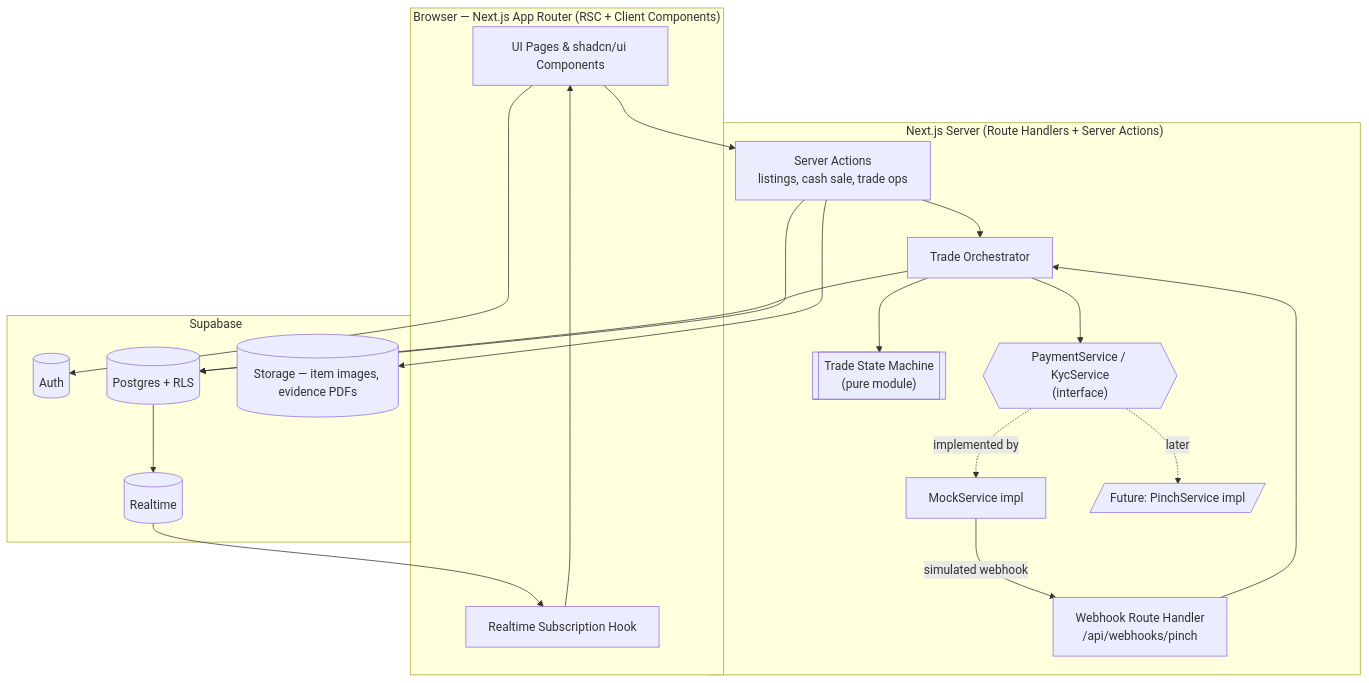
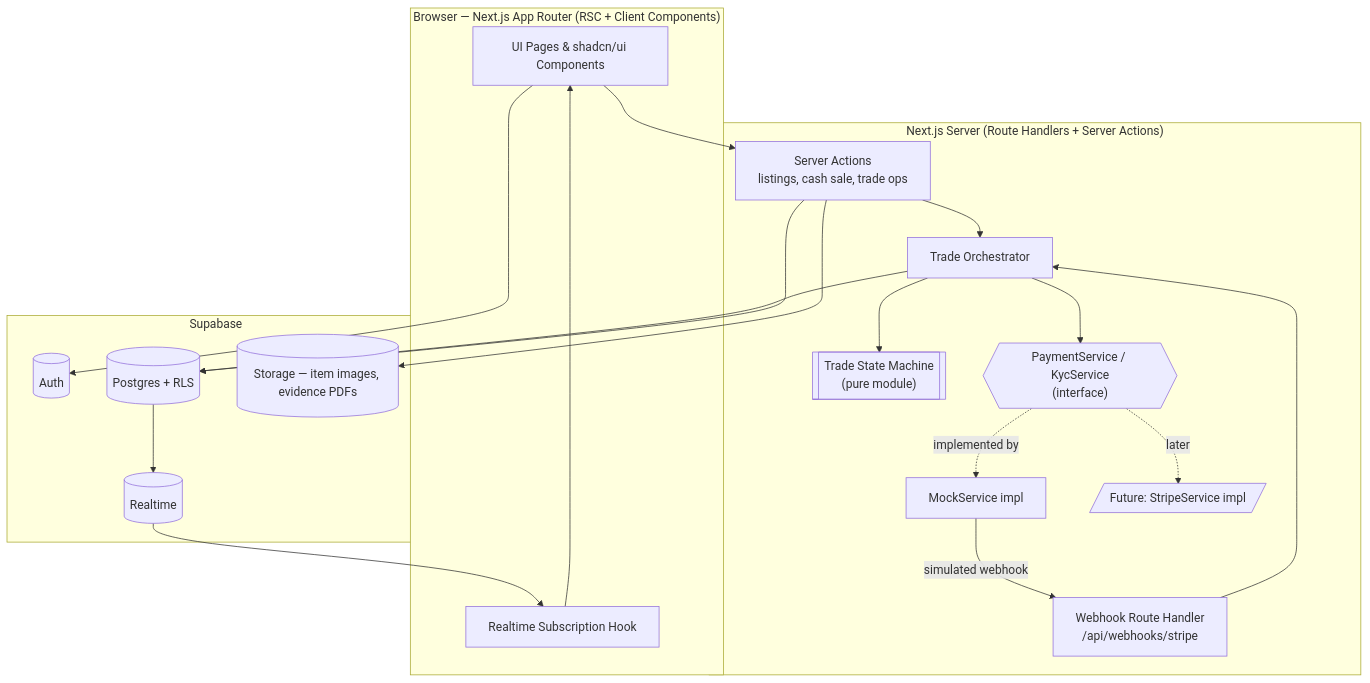
The first of 2 diagrams in .kiro/specs/cardtrade/design.md (piggybear789/CardTrade), drawn with Mermaid before and after one commit. The commit also changed other lines of this file and 215 other files, not shown here.

````diff
--- a/.kiro/specs/cardtrade/design.md
+++ b/.kiro/specs/cardtrade/design.md
@@ -36,40 +36,40 @@
 ```mermaid
 flowchart TB
     subgraph Browser["Browser — Next.js App Router (RSC + Client Components)"]
         UI[UI Pages & shadcn/ui Components]
         RT[Realtime Subscription Hook]
     end
 
     subgraph Server["Next.js Server (Route Handlers + Server Actions)"]
         SA[Server Actions<br/>listings, cash sale, trade ops]
-        WH[Webhook Route Handler<br/>/api/webhooks/pinch]
+        WH[Webhook Route Handler<br/>/api/webhooks/stripe]
         ORCH[Trade Orchestrator]
         SM[["Trade State Machine<br/>(pure module)"]]
         SVC{{"PaymentService / KycService<br/>(interface)"}}
         MOCK[MockService impl]
-        FUT[/"Future: PinchService impl"/]
+        FUT[/"Future: StripeService impl"/]
     end
 
     subgraph Supabase["Supabase"]
         AUTH[(Auth)]
         DB[(Postgres + RLS)]
         STORE[(Storage — item images, evidence PDFs)]
         REALTIME[(Realtime)]
     end
 
     UI --> SA
     UI --> AUTH
     SA --> ORCH
     ORCH --> SM
     ORCH --> SVC
     SVC -.implemented by.-> MOCK
     SVC -.later.-> FUT
     MOCK -->|simulated webhook| WH
     WH --> ORCH
     ORCH --> DB
     SA --> DB
     DB --> REALTIME
     REALTIME --> RT
     RT --> UI
     SA --> STORE
 ```
````
